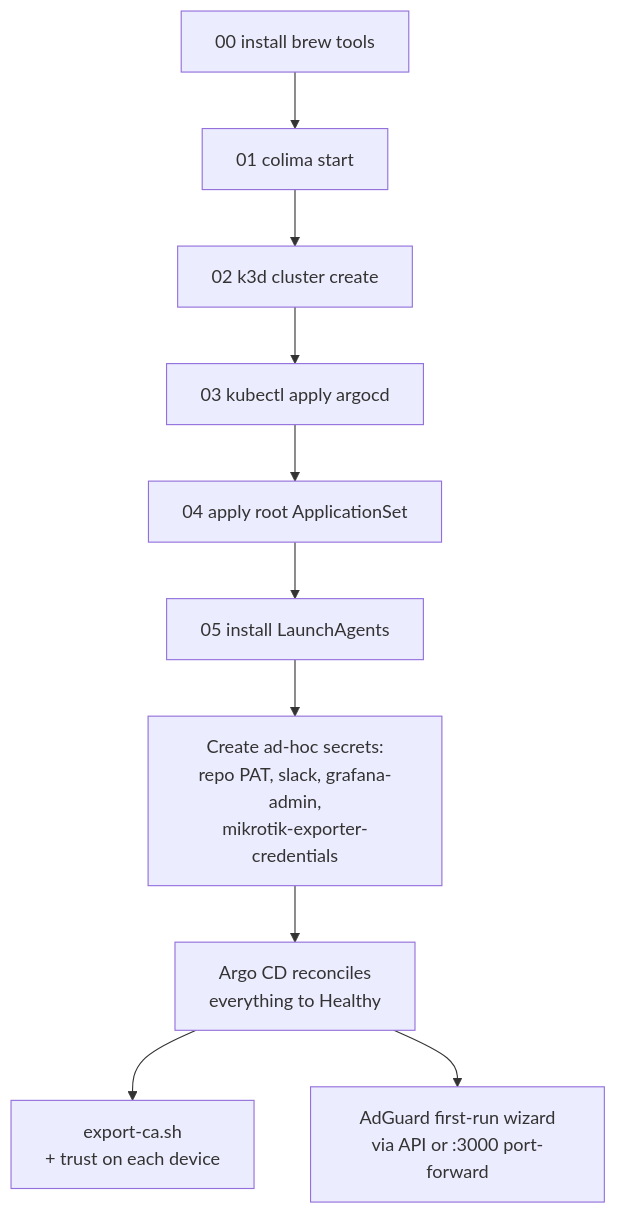
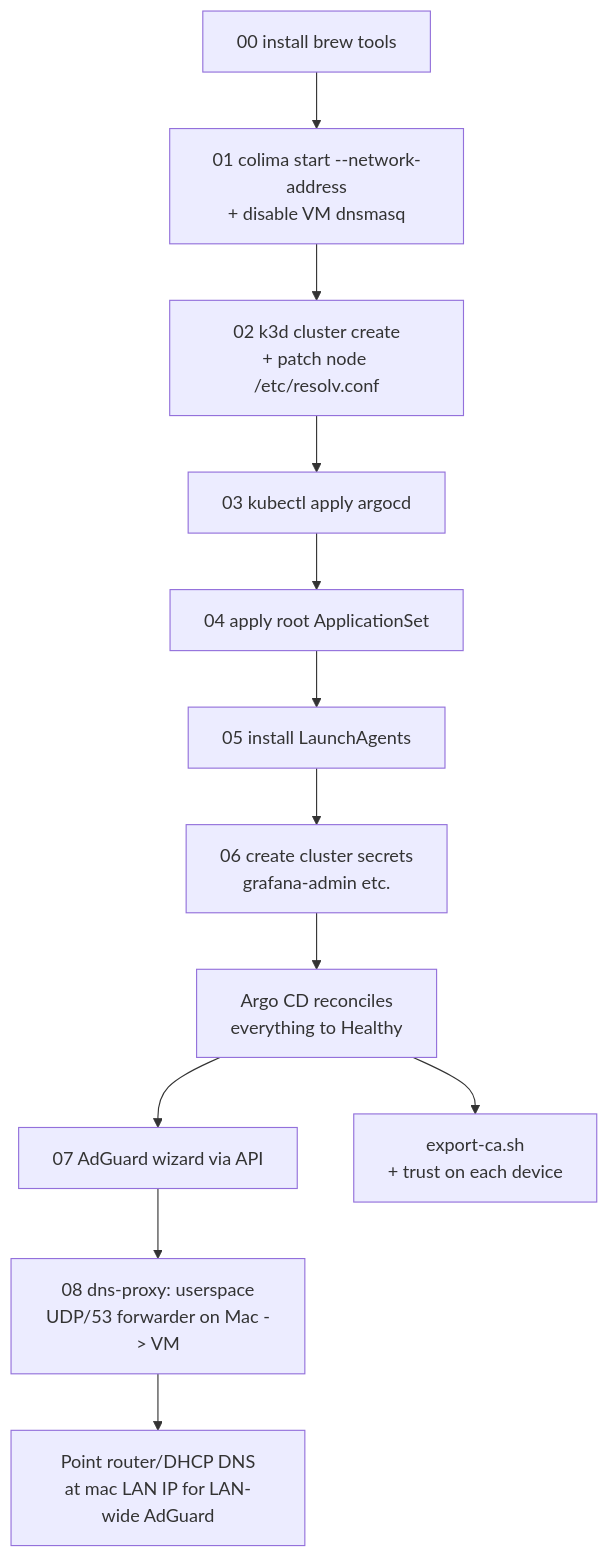
Before and after one commit to scepion1d/homelab-iac: the diagram in bootstrap/README.md, drawn with Mermaid. The commit also changed other lines of this file and 12 other files, not shown here.

First line of the commit message:
bootstrap: stabilize LAN DNS forwarding and end-to-end automation

````diff
--- a/bootstrap/README.md
+++ b/bootstrap/README.md
@@ -190,12 +218,14 @@
 ```mermaid
 flowchart TD
-  A[00 install brew tools] --> B[01 colima start]
-  B --> C[02 k3d cluster create]
+  A[00 install brew tools] --> B[01 colima start --network-address<br/>+ disable VM dnsmasq]
+  B --> C[02 k3d cluster create<br/>+ patch node /etc/resolv.conf]
   C --> D[03 kubectl apply argocd]
   D --> E[04 apply root ApplicationSet]
   E --> F[05 install LaunchAgents]
-  F --> G[Create ad-hoc secrets:<br/>repo PAT, slack, grafana-admin,<br/>mikrotik-exporter-credentials]
-  G --> H[Argo CD reconciles<br/>everything to Healthy]
+  F --> G2[06 create cluster secrets<br/>grafana-admin etc.]
+  G2 --> H[Argo CD reconciles<br/>everything to Healthy]
+  H --> J[07 AdGuard wizard via API]
+  J --> X[08 dns-proxy: userspace<br/>UDP/53 forwarder on Mac -> VM]
+  X --> K[Point router/DHCP DNS<br/>at mac LAN IP for LAN-wide AdGuard]
   H --> I[export-ca.sh<br/>+ trust on each device]
-  H --> J[AdGuard first-run wizard<br/>via API or :3000 port-forward]
 ```
````
